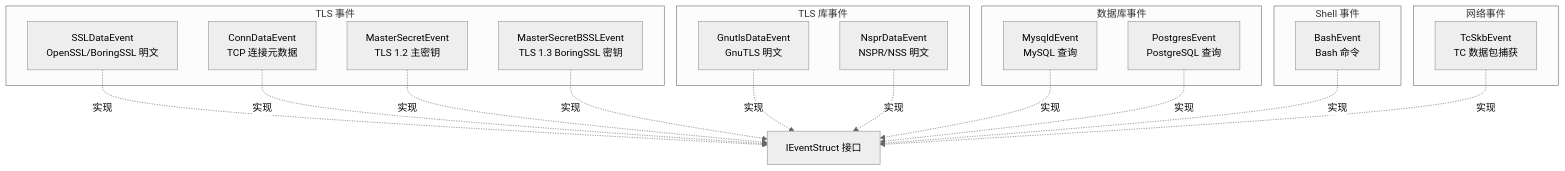
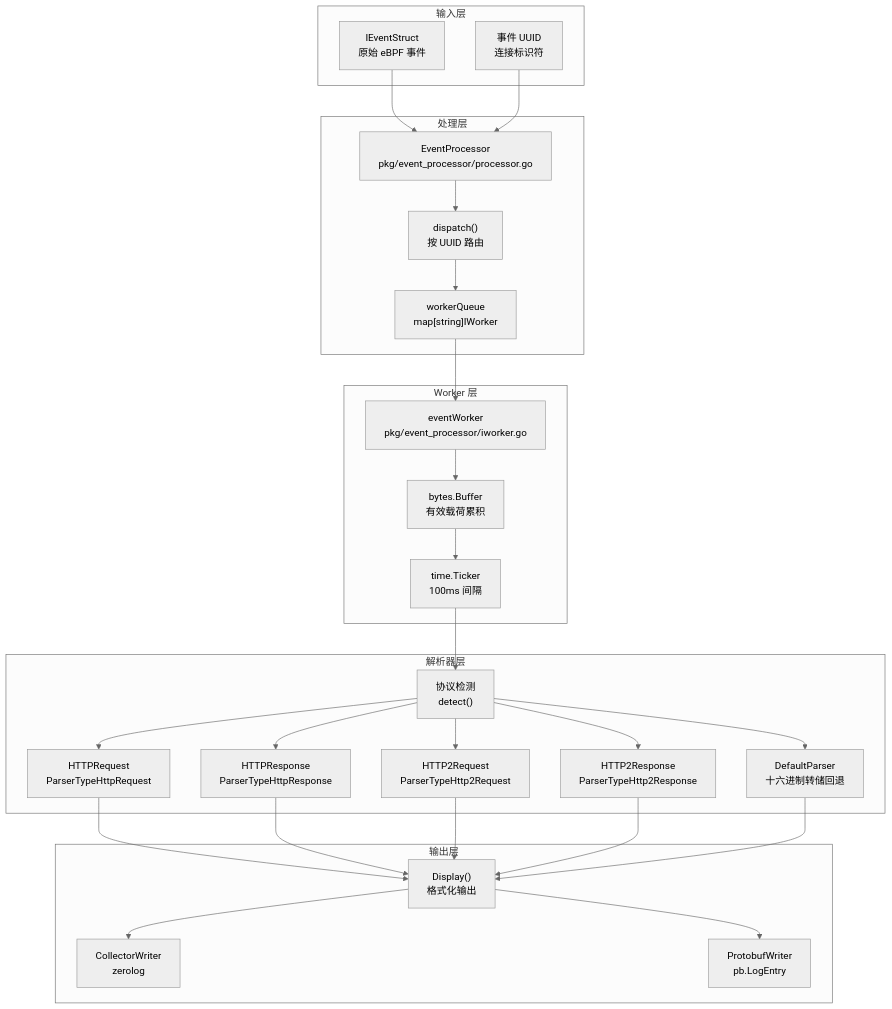
Before and after one commit to gojue/ecapture.cc: the first of 7 diagrams in src/zh/5-development-guide/5.4-event-processing-and-parsers.md, drawn with Mermaid (neutral theme). The commit also changed other lines of this file and 115 other files, not shown here.

````diff
--- a/src/zh/5-development-guide/5.4-event-processing-and-parsers.md
+++ b/src/zh/5-development-guide/5.4-event-processing-and-parsers.md
@@ -81,40 +13,59 @@
 ```mermaid
 graph TB
-    subgraph "TLS 事件"
-        SSLDataEvent["SSLDataEvent<br/>OpenSSL/BoringSSL 明文"]
-        ConnDataEvent["ConnDataEvent<br/>TCP 连接元数据"]
-        MasterSecretEvent["MasterSecretEvent<br/>TLS 1.2 主密钥"]
-        MasterSecretBSSLEvent["MasterSecretBSSLEvent<br/>TLS 1.3 BoringSSL 密钥"]
+    subgraph "输入层"
+        EVENT["IEventStruct<br/>原始 eBPF 事件"]
+        UUID["事件 UUID<br/>连接标识符"]
     end
     
-    subgraph "TLS 库事件"
-        GnutlsDataEvent["GnutlsDataEvent<br/>GnuTLS 明文"]
-        NsprDataEvent["NsprDataEvent<br/>NSPR/NSS 明文"]
+    subgraph "处理层"
+        EP["EventProcessor<br/>pkg/event_processor/processor.go"]
+        DISPATCH["dispatch()<br/>按 UUID 路由"]
+        QUEUE["workerQueue<br/>map[string]IWorker"]
     end
     
-    subgraph "数据库事件"
-        MysqldEvent["MysqldEvent<br/>MySQL 查询"]
-        PostgresEvent["PostgresEvent<br/>PostgreSQL 查询"]
+    subgraph "Worker 层"
+        EW["eventWorker<br/>pkg/event_processor/iworker.go"]
+        BUFFER["bytes.Buffer<br/>有效载荷累积"]
+        TICKER["time.Ticker<br/>100ms 间隔"]
     end
     
-    subgraph "Shell 事件"
-        BashEvent["BashEvent<br/>Bash 命令"]
+    subgraph "解析器层"
+        DETECT["协议检测<br/>detect()"]
+        HTTP_REQ["HTTPRequest<br/>ParserTypeHttpRequest"]
+        HTTP_RES["HTTPResponse<br/>ParserTypeHttpResponse"]
+        HTTP2_REQ["HTTP2Request<br/>ParserTypeHttp2Request"]
+        HTTP2_RES["HTTP2Response<br/>ParserTypeHttp2Response"]
+        DEFAULT["DefaultParser<br/>十六进制转储回退"]
     end
     
-    subgraph "网络事件"
-        TcSkbEvent["TcSkbEvent<br/>TC 数据包捕获"]
+    subgraph "输出层"
+        DISPLAY["Display()<br/>格式化输出"]
+        COLLECTOR["CollectorWriter<br/>zerolog"]
+        PROTOBUF["ProtobufWriter<br/>pb.LogEntry"]
     end
     
-    IEventStruct["IEventStruct 接口"]
+    EVENT --> EP
+    UUID --> EP
+    EP --> DISPATCH
+    DISPATCH --> QUEUE
+    QUEUE --> EW
     
-    SSLDataEvent -.->|实现| IEventStruct
-    ConnDataEvent -.->|实现| IEventStruct
-    MasterSecretEvent -.->|实现| IEventStruct
-    MasterSecretBSSLEvent -.->|实现| IEventStruct
-    GnutlsDataEvent -.->|实现| IEventStruct
-    NsprDataEvent -.->|实现| IEventStruct
-    MysqldEvent -.->|实现| IEventStruct
-    PostgresEvent -.->|实现| IEventStruct
-    BashEvent -.->|实现| IEventStruct
-    TcSkbEvent -.->|实现| IEventStruct
+    EW --> BUFFER
+    BUFFER --> TICKER
+    TICKER --> DETECT
+    
+    DETECT --> HTTP_REQ
+    DETECT --> HTTP_RES
+    DETECT --> HTTP2_REQ
+    DETECT --> HTTP2_RES
+    DETECT --> DEFAULT
+    
+    HTTP_REQ --> DISPLAY
+    HTTP_RES --> DISPLAY
+    HTTP2_REQ --> DISPLAY
+    HTTP2_RES --> DISPLAY
+    DEFAULT --> DISPLAY
+    
+    DISPLAY --> COLLECTOR
+    DISPLAY --> PROTOBUF
 ```
````
